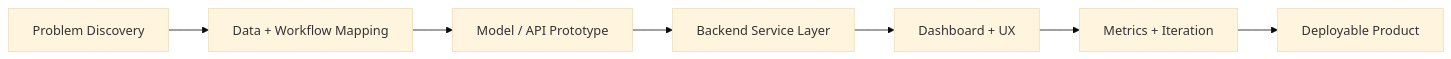
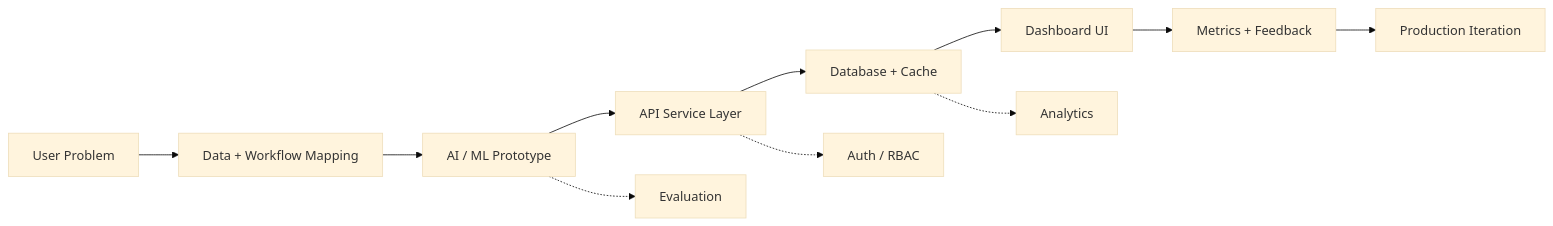
One commit to kip23theo/kip23theo changed the diagram in README.md. Above: the diagram before and after it, drawn with Mermaid (base theme). The commit also changed other lines of this file, not shown here.

````diff
--- a/README.md
+++ b/README.md
@@ -108,9 +132,14 @@
 ```mermaid
 flowchart LR
-    A["Problem Discovery"] --> B["Data + Workflow Mapping"]
-    B --> C["Model / API Prototype"]
-    C --> D["Backend Service Layer"]
-    D --> E["Dashboard + UX"]
-    E --> F["Metrics + Iteration"]
-    F --> G["Deployable Product"]
+    A["User Problem"] --> B["Data + Workflow Mapping"]
+    B --> C["AI / ML Prototype"]
+    C --> D["API Service Layer"]
+    D --> E["Database + Cache"]
+    E --> F["Dashboard UI"]
+    F --> G["Metrics + Feedback"]
+    G --> H["Production Iteration"]
+
+    C -.-> I["Evaluation"]
+    D -.-> J["Auth / RBAC"]
+    E -.-> K["Analytics"]
 ```
````
